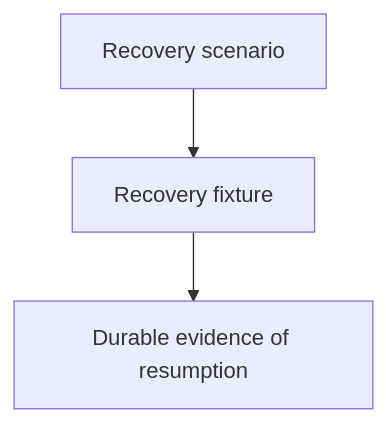
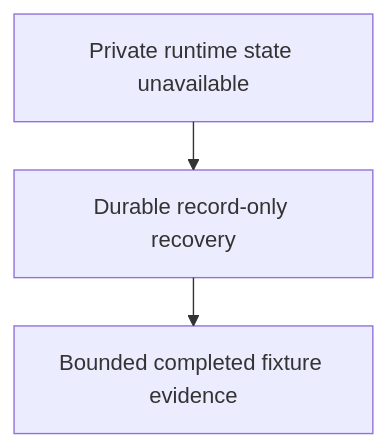
The diagram in validation-fixtures/increment-6-recovery-fixture/as-is.md (abstract-business-systems/as-is), drawn with Mermaid before and after one commit. The commit also changed other lines of this file and 29 other files, not shown here.

````diff
--- a/validation-fixtures/increment-6-recovery-fixture/as-is.md
+++ b/validation-fixtures/increment-6-recovery-fixture/as-is.md
@@ -16,5 +15,9 @@
 ```mermaid
-flowchart TD
-    A["Recovery scenario"] --> B["Recovery fixture"]
-    B --> C["Durable evidence of resumption"]
+---
+config:
+  layout: elk
+---
+flowchart TB
+    Interruption["Private runtime state unavailable"] --> Recovery["Durable record-only recovery"]
+    Recovery --> Outcome["Bounded completed fixture evidence"]
 ```
````
